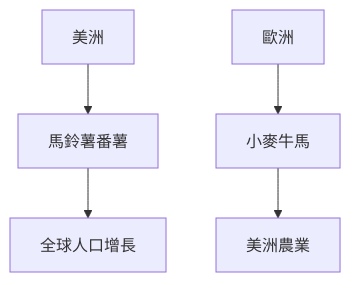
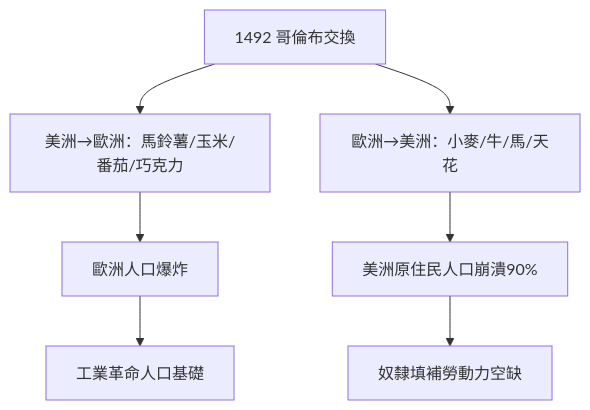
One commit to yip-lgtm/HKU-Harvard-History-Self-Study changed the third of 10 diagrams in 01_HKU_Courses/HIST2230_Early_modern_Atlantic_Worlds.md. Above: the diagram before and after it, drawn with Mermaid. The commit also changed other lines of this file and 65 other files, not shown here.

````diff
--- a/01_HKU_Courses/HIST2230_Early_modern_Atlantic_Worlds.md
+++ b/01_HKU_Courses/HIST2230_Early_modern_Atlantic_Worlds.md
@@ -110,7 +211,9 @@
 ```mermaid
 flowchart TD
-    A[美洲] --> B[馬鈴薯番薯]
-    B --> C[全球人口增長]
-    D[歐洲] --> E[小麥牛馬]
-    E --> F[美洲農業]
+    A[1492 哥倫布交換] --> B[美洲→歐洲：馬鈴薯/玉米/番茄/巧克力]
+    A --> C[歐洲→美洲：小麥/牛/馬/天花]
+    B --> D[歐洲人口爆炸]
+    C --> E[美洲原住民人口崩潰90%]
+    D --> F[工業革命人口基礎]
+    E --> G[奴隸填補勞動力空缺]
 ```
````
